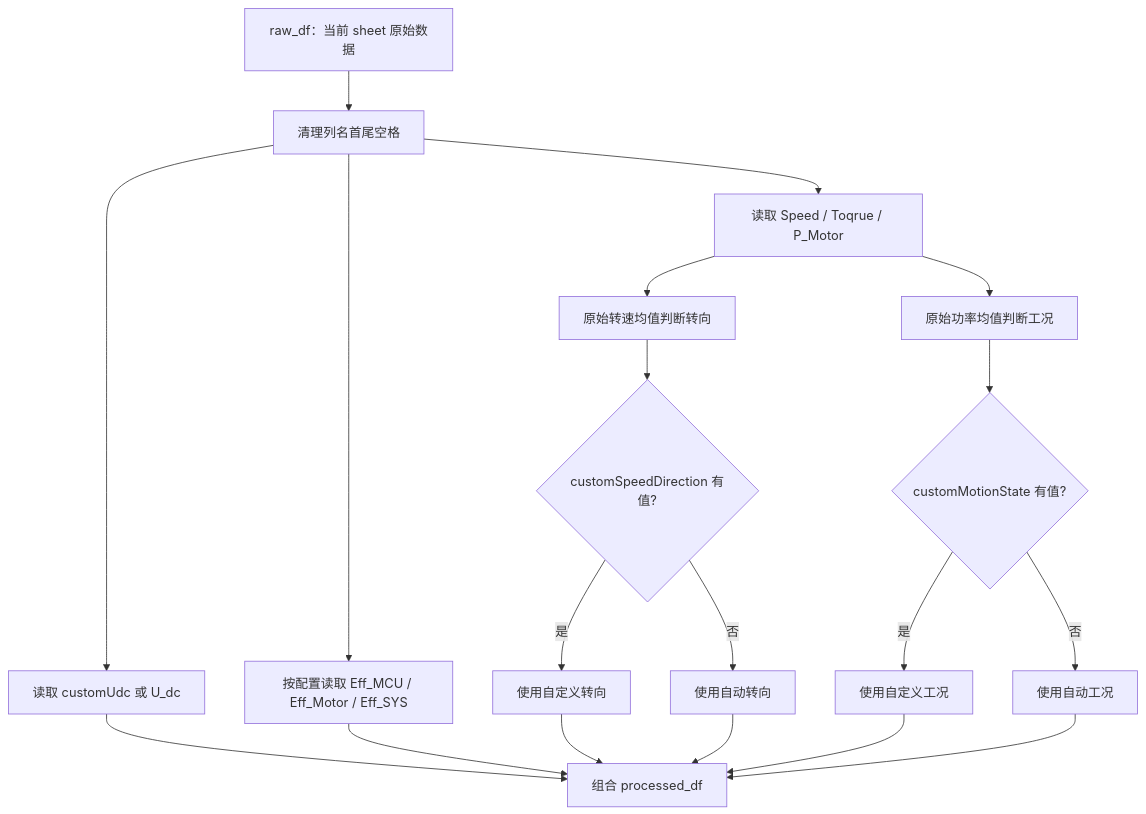
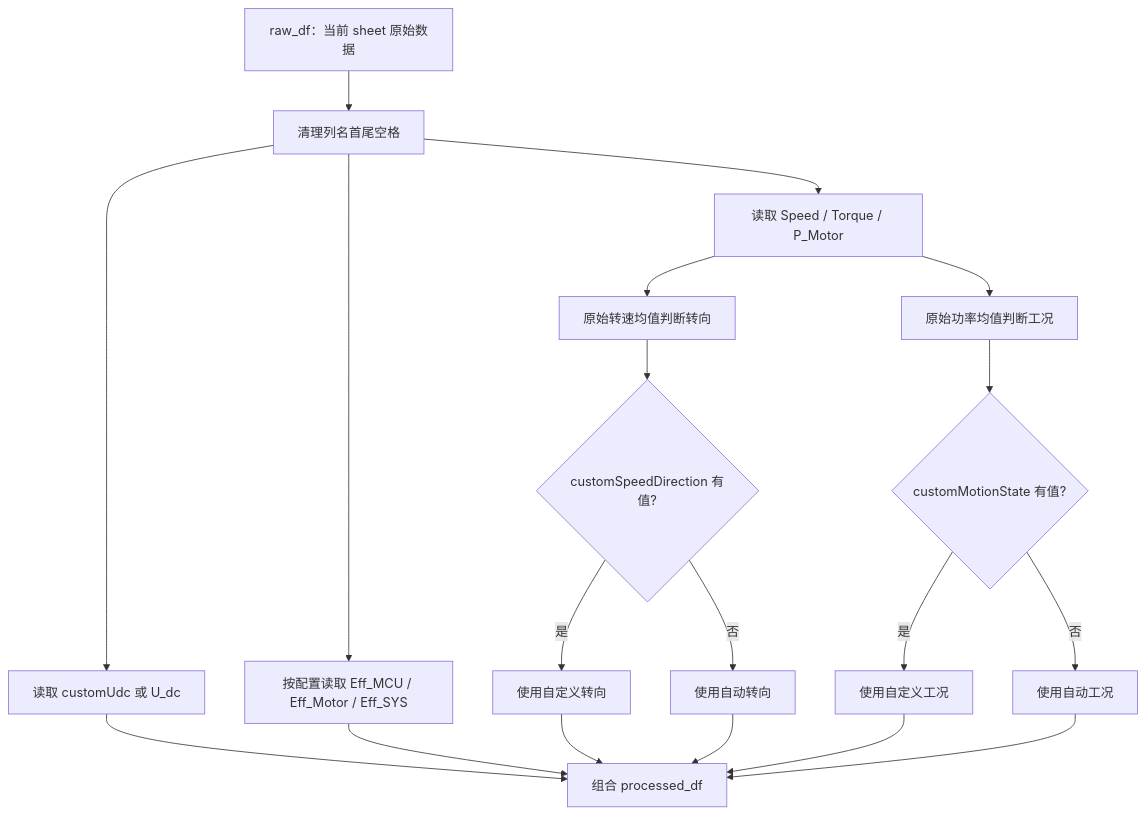
The fourth of 11 diagrams in docs/program-implementation.md (swordstudiox/MotorEffMAP), drawn with Mermaid before and after one commit. The commit also changed other lines of this file and 6 other files, not shown here.

````diff
--- a/docs/program-implementation.md
+++ b/docs/program-implementation.md
@@ -268,21 +268,21 @@
 ```mermaid
 flowchart TD
     A["raw_df：当前 sheet 原始数据"] --> B["清理列名首尾空格"]
-    B --> C["读取 Speed / Toqrue / P_Motor"]
+    B --> C["读取 Speed / Torque / P_Motor"]
     B --> D["读取 customUdc 或 U_dc"]
     B --> E["按配置读取 Eff_MCU / Eff_Motor / Eff_SYS"]
     C --> F["原始转速均值判断转向"]
     C --> G["原始功率均值判断工况"]
     F --> H{"customSpeedDirection 有值?"}
     G --> I{"customMotionState 有值?"}
     H -- 是 --> J["使用自定义转向"]
     H -- 否 --> K["使用自动转向"]
     I -- 是 --> L["使用自定义工况"]
     I -- 否 --> M["使用自动工况"]
     D --> N["组合 processed_df"]
     E --> N
     J --> N
     K --> N
     L --> N
     M --> N
 ```
````
